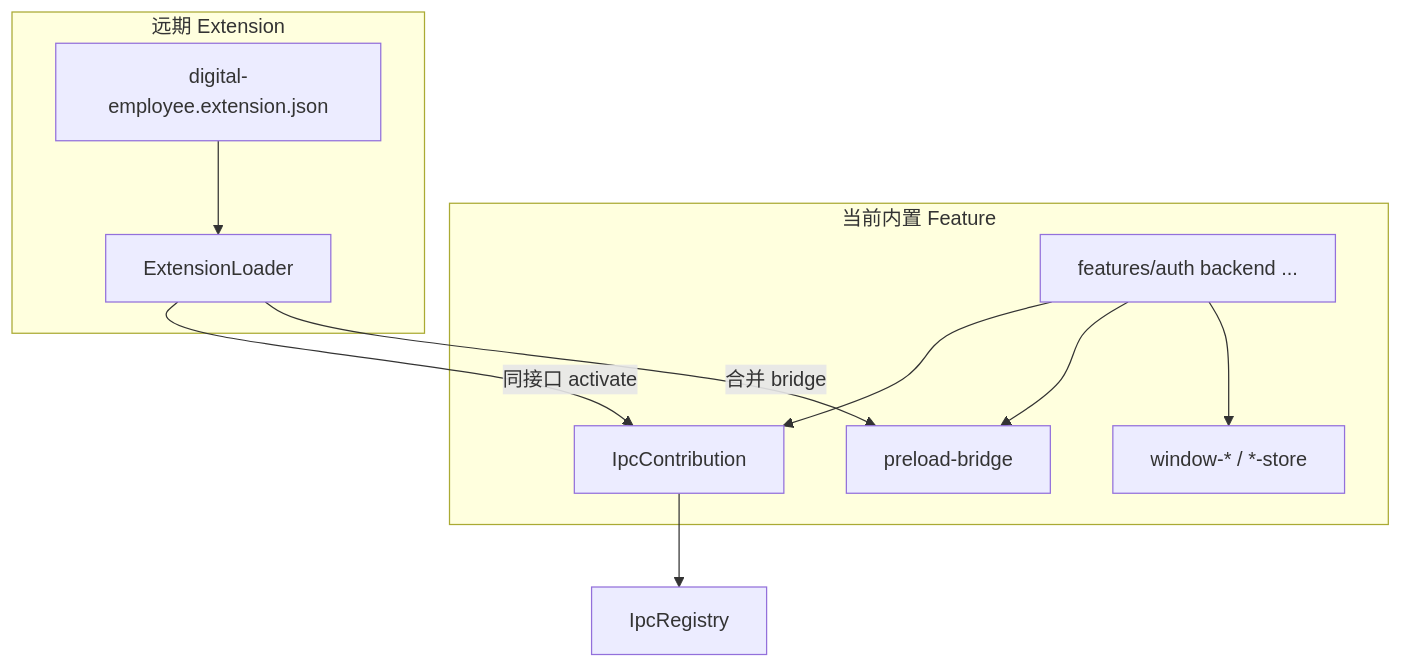
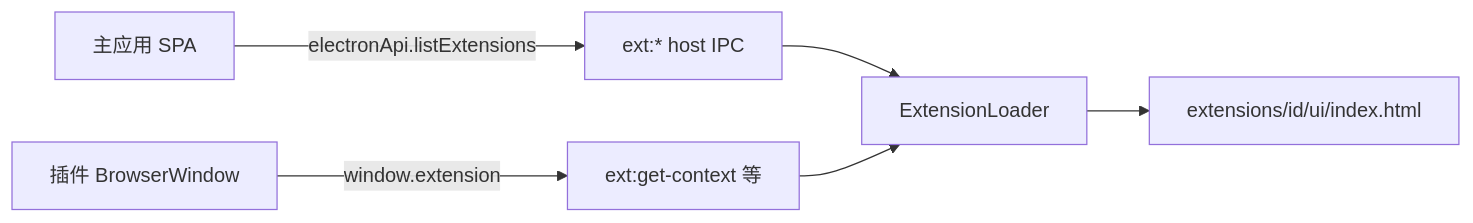
The sixth of 6 diagrams in apps/web/electron/README.md (rzx007/digital-employe-client-web-m), drawn with Mermaid before and after one commit. The commit also changed other lines of this file and 29 other files, not shown here.

````diff
--- a/apps/web/electron/README.md
+++ b/apps/web/electron/README.md
@@ -235,19 +246,8 @@
 ```mermaid
-flowchart TB
-  subgraph today [当前内置 Feature]
-    Builtin["features/auth backend ..."]
-    Builtin --> IpcContrib["IpcContribution"]
-    Builtin --> PreloadBridge2["preload-bridge"]
-    Builtin --> WinStore["window-* / *-store"]
-  end
-
-  subgraph future [远期 Extension]
-    Manifest["digital-employee.extension.json"]
-    Loader["ExtensionLoader"]
-    Manifest --> Loader
-    Loader -->|"同接口 activate"| IpcContrib
-    Loader -->|"合并 bridge"| PreloadBridge2
-  end
-
-  IpcContrib --> Registry2["IpcRegistry"]
+flowchart LR
+  HostSPA["主应用 SPA"] -->|"electronApi.listExtensions"| MainIPC["ext:* host IPC"]
+  PluginWin["插件 BrowserWindow"] -->|"window.extension"| ExtIPC["ext:get-context 等"]
+  MainIPC --> Loader["ExtensionLoader"]
+  ExtIPC --> Loader
+  Loader --> Disk["extensions/id/ui/index.html"]
 ```
````
